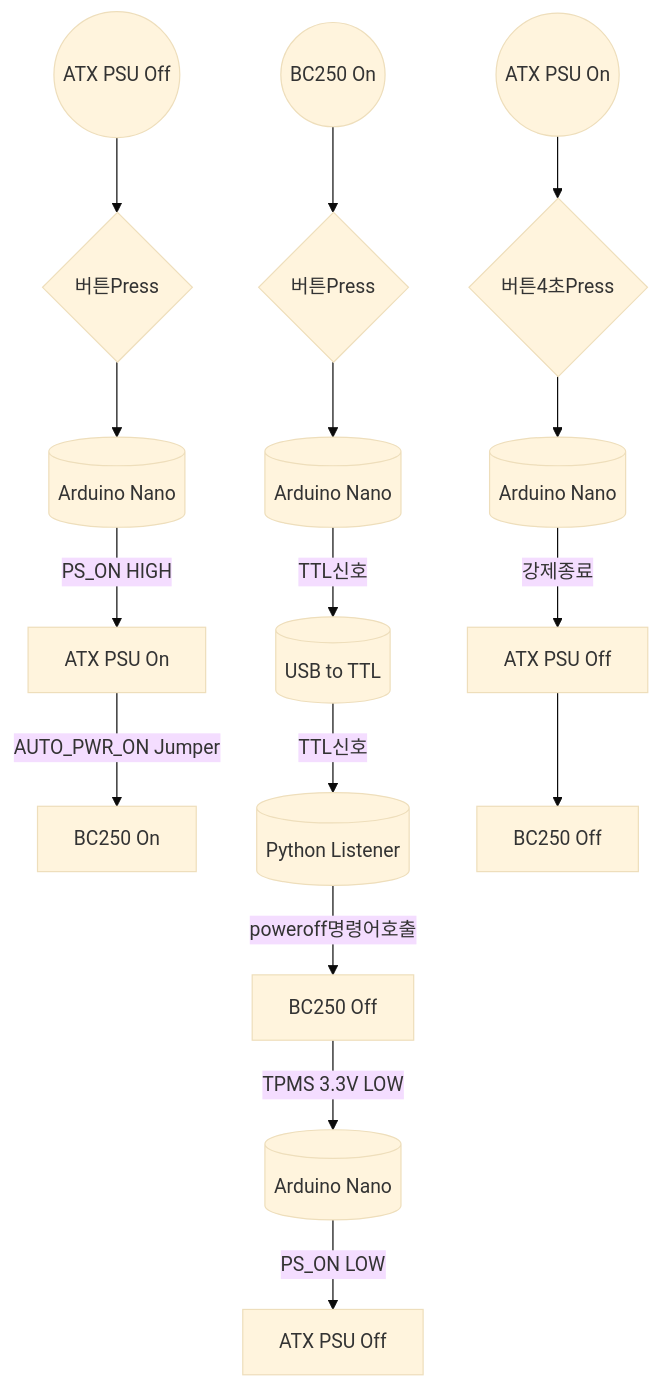
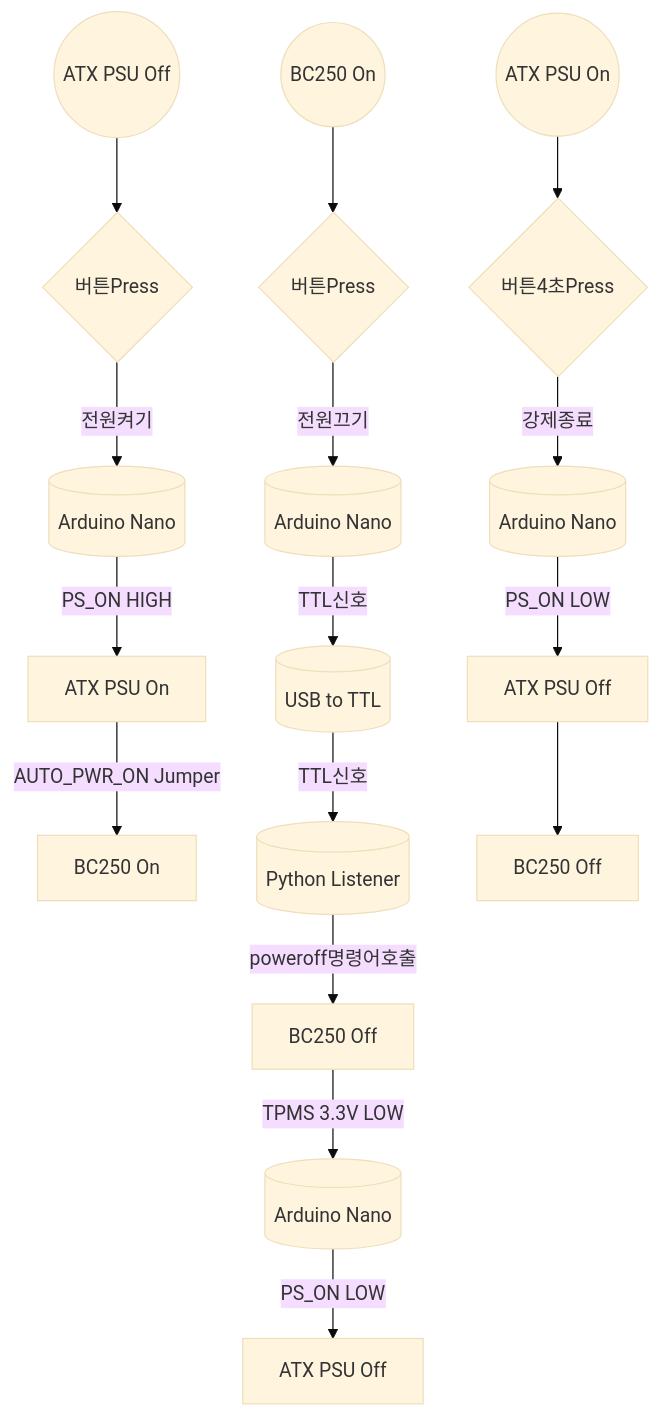
Before and after one commit to coolsolgit/BC250-ATX-PSU-Control: the first of 2 diagrams in README.md, drawn with Mermaid (base theme).

````diff
--- a/README.md
+++ b/README.md
@@ -24,18 +24,18 @@
 ```mermaid
 flowchart TD
 A1((ATX PSU Off)) --> B1{버튼Press}
-  B1 --> C1[(Arduino Nano)]
+  B1 -->|전원켜기| C1[(Arduino Nano)]
   C1 -->|PS_ON HIGH| D1[ATX PSU On]
   D1 -->|AUTO_PWR_ON Jumper| E1[BC250 On]
 A2((BC250 On)) --> B2{버튼Press}
-  B2 --> C2[(Arduino Nano)]
+  B2 -->|전원끄기| C2[(Arduino Nano)]
   C2 -->|TTL신호| D2[(USB to TTL)]
   D2 -->|TTL신호| E2[(Python Listener)]
   E2 -->|poweroff명령어호출| F2[BC250 Off]
   F2 -->|TPMS 3.3V LOW| G2[(Arduino Nano)]
   G2 -->|PS_ON LOW| H2[ATX PSU Off]
 A3((ATX PSU On)) --> B3{버튼4초Press}
-  B3 --> C3[(Arduino Nano)]
-  C3 -->|강제종료| D3[ATX PSU Off]
+  B3 -->|강제종료| C3[(Arduino Nano)]
+  C3 -->|PS_ON LOW| D3[ATX PSU Off]
   D3 --> E3[BC250 Off]
 ```
````
